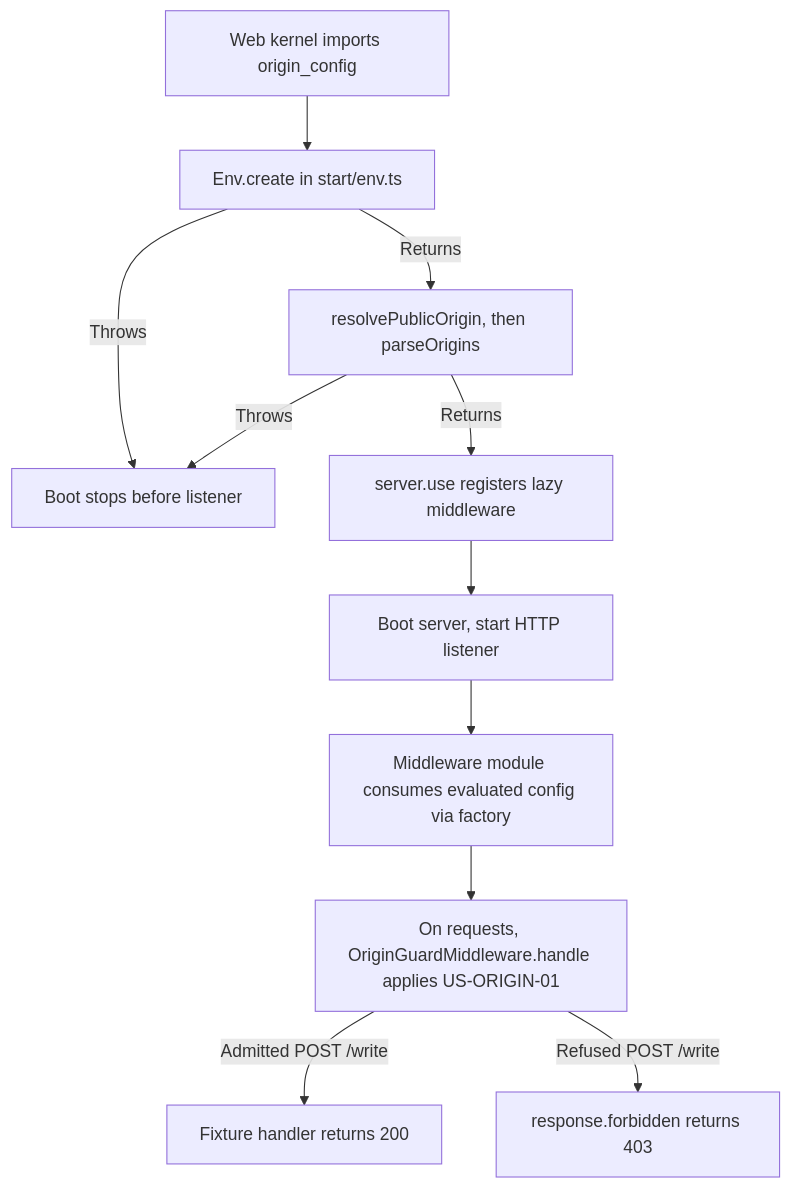
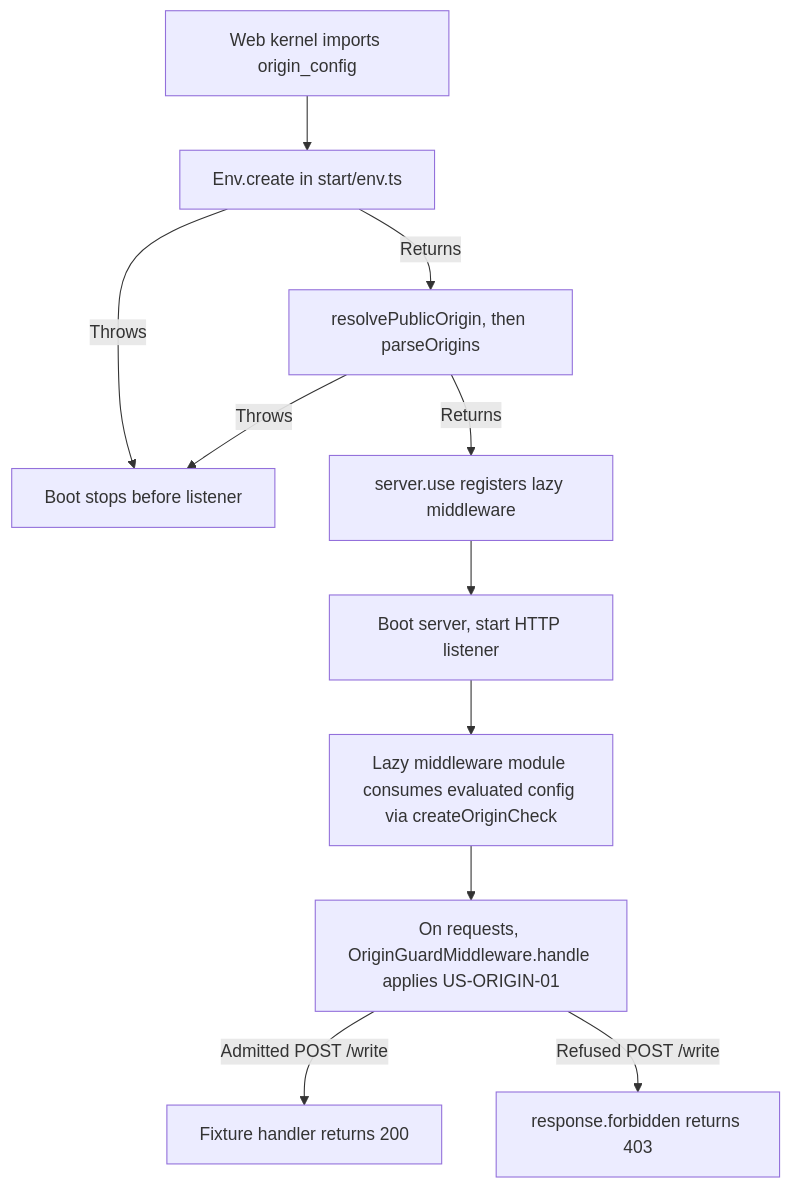
The second of 2 diagrams in user-stories/US-ORIGIN-05-install-and-start.md (Kevinjohn/oss-adonisjs-origin-guard), drawn with Mermaid before and after one commit. The commit also changed other lines of this file and 7 other files, not shown here.

````diff
--- a/user-stories/US-ORIGIN-05-install-and-start.md
+++ b/user-stories/US-ORIGIN-05-install-and-start.md
@@ -39,13 +39,13 @@
 ```mermaid
 flowchart TD
     A["Web kernel imports origin_config"] --> V["Env.create in start/env.ts"]
     V -->|Throws| C["Boot stops before listener"]
     V -->|Returns| B["resolvePublicOrigin, then parseOrigins"]
     B -->|Throws| C
     B -->|Returns| D["server.use registers lazy middleware"]
     D --> L["Boot server, start HTTP listener"]
-    L --> E["Middleware module consumes evaluated config via factory"]
+    L --> E["Lazy middleware module consumes evaluated config via createOriginCheck"]
     E --> M["On requests, OriginGuardMiddleware.handle applies US-ORIGIN-01"]
     M -->|Admitted POST /write| G["Fixture handler returns 200"]
     M -->|Refused POST /write| H["response.forbidden returns 403"]
 ```
````
